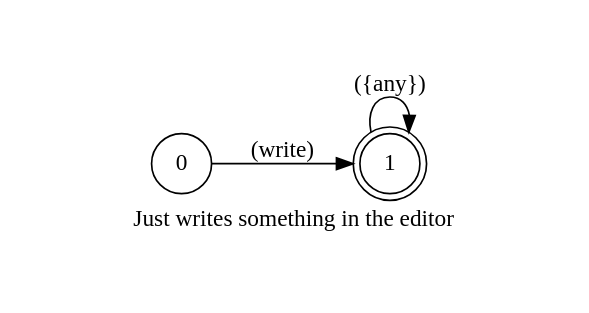
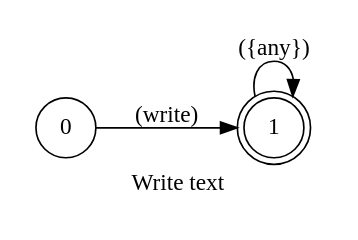
One commit to pedrooaugusto/speech-to-code changed the diagram in spoken/src/modules/typescript/write/phrase_en-US.dot. Above: the diagram before and after it, drawn with Graphviz. The commit also changed 34 other files, not shown here.

```diff
--- a/spoken/src/modules/typescript/write/phrase_en-US.dot
+++ b/spoken/src/modules/typescript/write/phrase_en-US.dot
@@ -1,16 +1,16 @@
 digraph Write {
     id="write";
-    label="Just writes something in the editor";
+    label="Write text";
     lang="en-US";
     langName="English";
-    pad="0.5";
+    pad="0.2";
     rankdir=LR;
     node[shape=doublecircle]; 1;
     node[shape=circle];
 
     0 -> 1 [label="(write)"];
     1 -> 1 [label="({any})", store=text];
 
-    title="Writes some text";
-    desc="Just writes something the text edtiro";
+    title="Write text";
+    desc="Write some text in the editor";
 }
```
